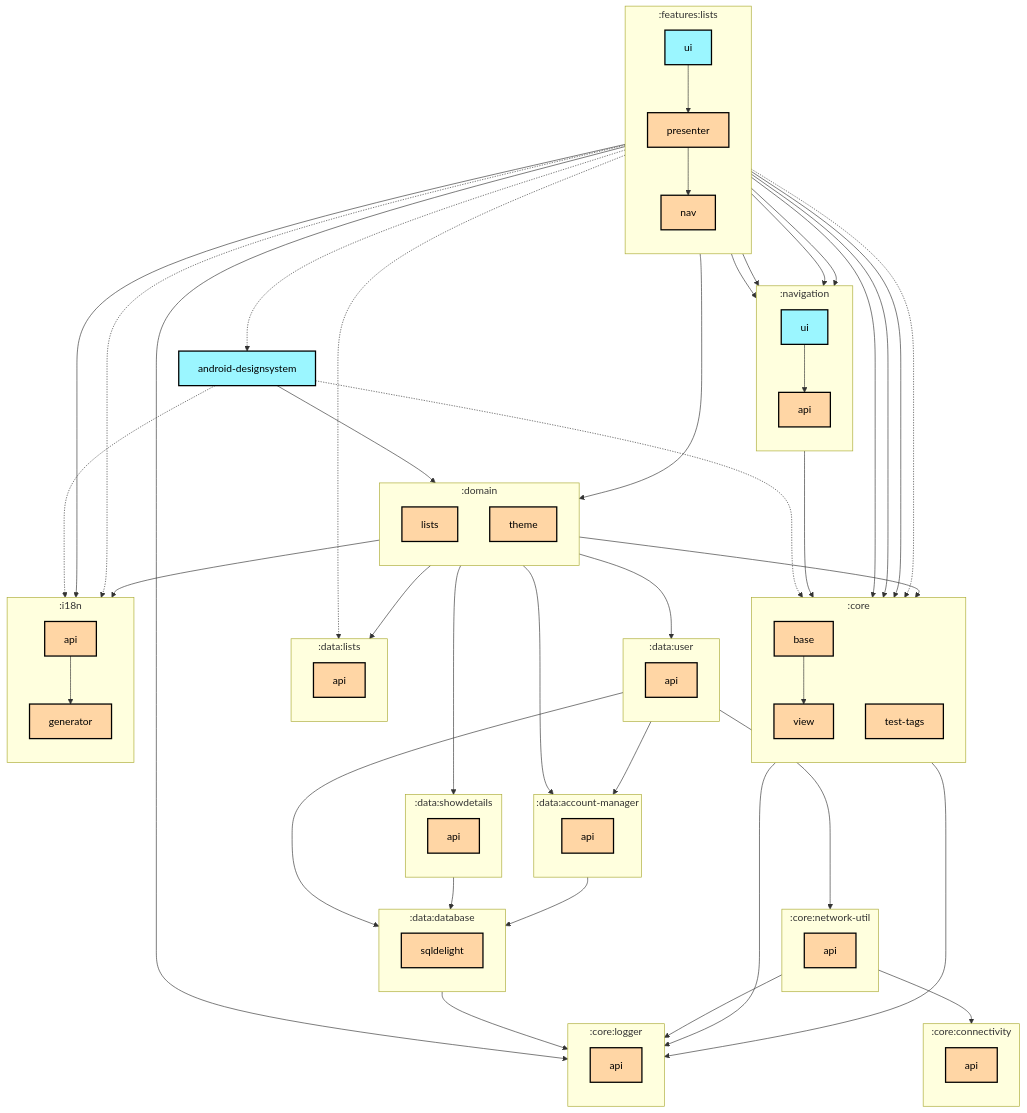
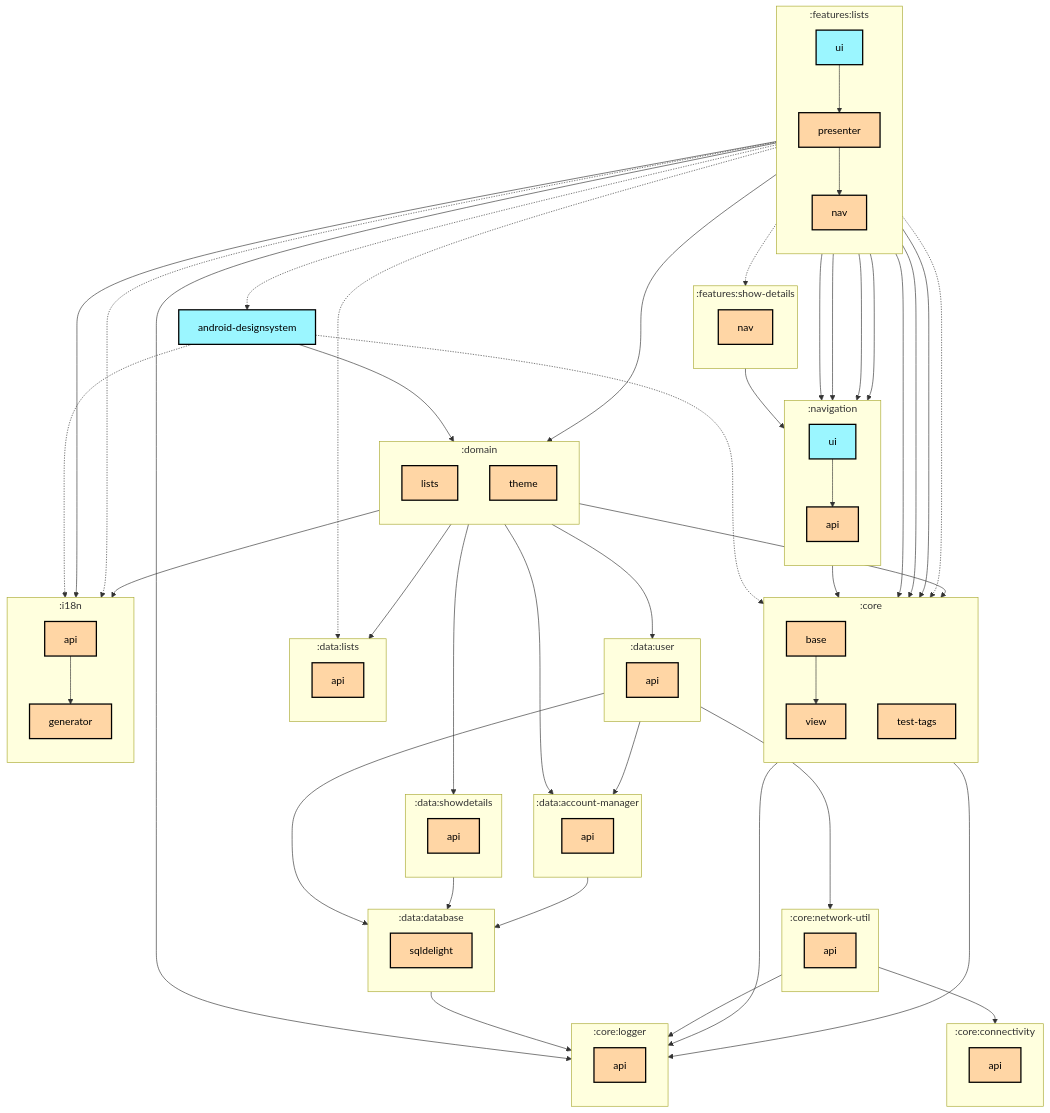
Before and after one commit to thomaskioko/tv-maniac: the first of 2 diagrams in features/lists/ui/README.md, drawn with Mermaid. The commit also changed 2 other files, not shown here.

Commit message:
Regenerate module graphs for the list detail presenter

```diff
--- a/features/lists/ui/README.md
+++ b/features/lists/ui/README.md
@@ -55,6 +55,10 @@
     :features:lists:presenter[presenter]:::multiplatform
     :features:lists:ui[ui]:::android-library
   end
+  subgraph :features:show-details
+    direction TB
+    :features:show-details:nav[nav]:::multiplatform
+  end
   subgraph :i18n
     direction TB
     :i18n:api[api]:::multiplatform
@@ -93,6 +97,7 @@
   :features:lists:presenter -.-> :data:lists:api
   :features:lists:presenter --> :domain:lists
   :features:lists:presenter --> :features:lists:nav
+  :features:lists:presenter -.-> :features:show-details:nav
   :features:lists:presenter --> :i18n:api
   :features:lists:presenter --> :navigation:api
   :features:lists:ui -.-> :android-designsystem
@@ -102,6 +107,7 @@
   :features:lists:ui -.-> :i18n:generator
   :features:lists:ui --> :navigation:api
   :features:lists:ui --> :navigation:ui
+  :features:show-details:nav --> :navigation:api
   :i18n:api --> :i18n:generator
   :navigation:ui --> :core:base
   :navigation:ui --> :navigation:api
```
